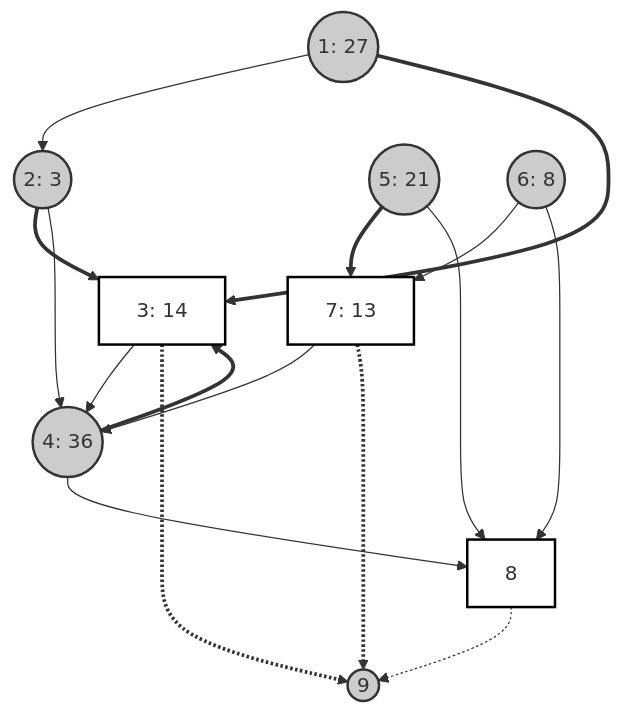
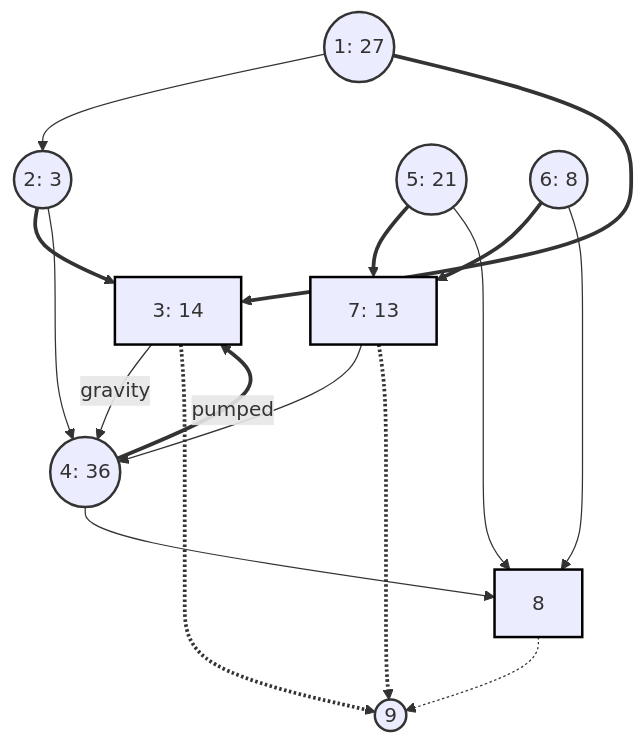
The diagram in README.md (CheesyChocolate/wastewater_network), drawn with Mermaid before and after one commit.

Commit message:
fix(README.md): flowchart styling and arcs

````diff
--- a/README.md
+++ b/README.md
@@ -35,48 +35,47 @@
 ```mermaid
 flowchart TD
 
 %% Node declarations
     %% node names: population units
     N1((1: 27))
     N2((2: 3))
     N3[3: 14]
     N4((4: 36))
     N5((5: 21))
     N6((6: 8))
     N7[7: 13]
     N8[8]
     N9((9))
 
-%% Arcs with line style and labels
+%% Arcs
     N1 -->  N2
     N1 -->  N3
     N2 -->  N3
     N2 -->  N4
-    N3 -->  N4
+    N3 -->|gravity| N4
     N3 -.-> N9
-    N4 -->  N3
+    N4 -->|pumped| N3
     N4 -->  N8
     N5 -->  N7
     N5 -->  N8
     N6 -->  N7
     N6 -->  N8
     N7 -->  N4
     N7 -.-> N9
     N8 -.-> N9
 
 %% Styling
-    classDef circleNode stroke:#333,fill:#ccc,stroke-width:2px;
-    classDef squareNode stroke:#000,fill:#fff,stroke-width:2px;
+    classDef circleNode stroke:#333,stroke-width:2px;
+    classDef squareNode stroke:#000,stroke-width:2px;
     class N1,N2,N4,N5,N6,N9 circleNode
     class N3,N7,N8 squareNode
 
 %% Styling arcs
-%% 1. Thick lines: pimped
-%% 2. thin lines: gravity
     linkStyle 1 stroke-width:3px
     linkStyle 2 stroke-width:3px
     linkStyle 5 stroke-width:3px
     linkStyle 6 stroke-width:3px
     linkStyle 8 stroke-width:3px
+    linkStyle 10 stroke-width:3px
     linkStyle 13 stroke-width:3px
 ```
````
